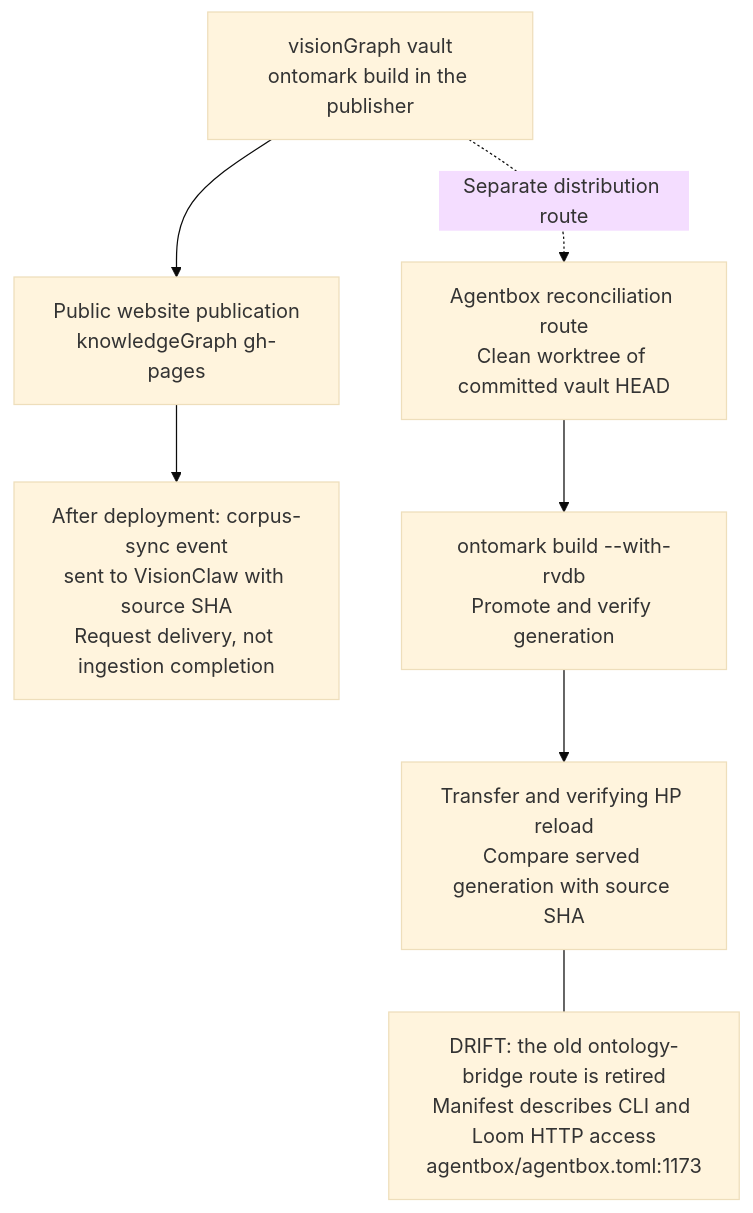
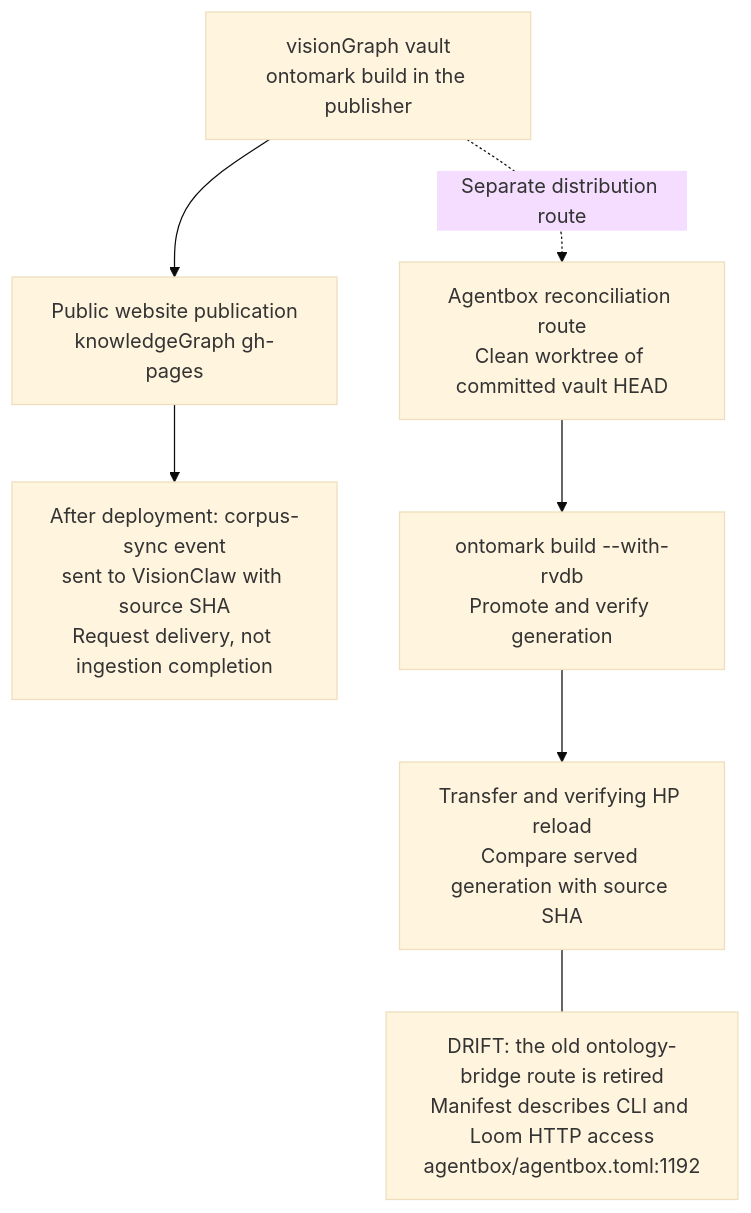
One commit to DreamLab-AI/VisionFlow changed the first of 3 diagrams in docs/diagrams/knowledgegraph/06-consumers-and-integration.md. Above: the diagram before and after it, drawn with Mermaid (base theme). The commit also changed other lines of this file and 17 other files, not shown here.

````diff
--- a/docs/diagrams/knowledgegraph/06-consumers-and-integration.md
+++ b/docs/diagrams/knowledgegraph/06-consumers-and-integration.md
@@ -34,19 +34,19 @@
 ```mermaid
 flowchart TB
     %% visionGraph/.github/workflows/publish.yml:174
     VG["visionGraph vault<br/>ontomark build in the publisher"]
     %% visionGraph/.github/workflows/publish.yml:535
     PUB["Public website publication<br/>knowledgeGraph gh-pages"]
     %% visionGraph/.github/workflows/publish.yml:545
     DISPATCH["After deployment: corpus-sync event<br/>sent to VisionClaw with source SHA<br/>Request delivery, not ingestion completion"]
     %% agentbox/scripts/hp-loom-reconcile.sh:133
     SNAP["Agentbox reconciliation route<br/>Clean worktree of committed vault HEAD"]
     %% agentbox/scripts/hp-loom-reconcile.sh:149
     BUILD["ontomark build --with-rvdb<br/>Promote and verify generation"]
     %% agentbox/scripts/hp-loom-reconcile.sh:198
     LOOM["Transfer and verifying HP reload<br/>Compare served generation with source SHA"]
     VG --> PUB --> DISPATCH
     VG -.->|"Separate distribution route"| SNAP --> BUILD --> LOOM
-    NOTE["DRIFT: the old ontology-bridge route is retired<br/>Manifest describes CLI and Loom HTTP access<br/>agentbox/agentbox.toml:1173"]
+    NOTE["DRIFT: the old ontology-bridge route is retired<br/>Manifest describes CLI and Loom HTTP access<br/>agentbox/agentbox.toml:1192"]
     LOOM --- NOTE
 ```
````
